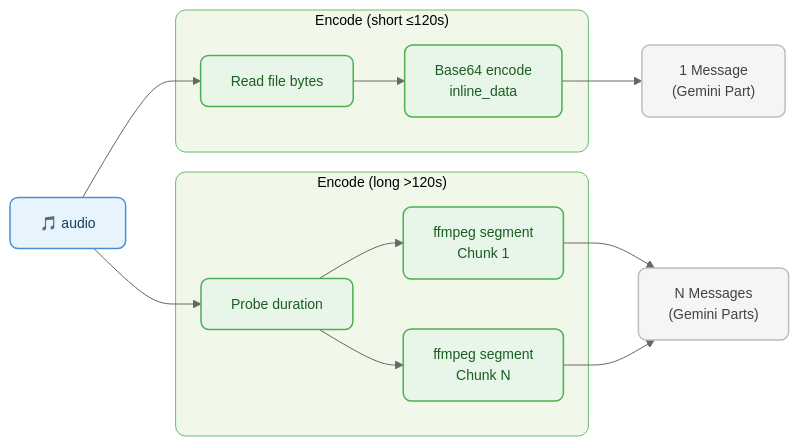
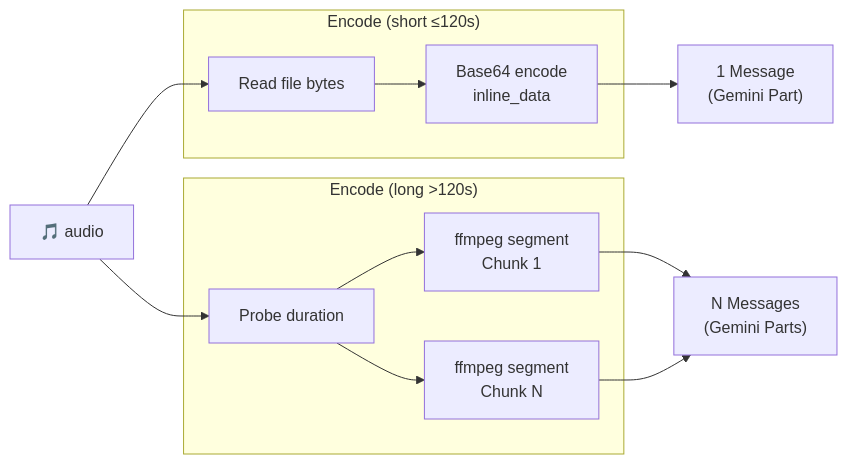
Diagram 12 of 17 in docs/ENCODERS.md (vlm-run/mm), drawn with Mermaid before and after one commit. The commit also changed other lines of this file and 3 other files, not shown here.

````diff
--- a/docs/ENCODERS.md
+++ b/docs/ENCODERS.md
@@ -347,31 +270,23 @@
 ```mermaid
-%%{init: {'theme': 'base', 'themeVariables': { 'fontSize': '14px', 'primaryColor': '#e8f4fd', 'primaryBorderColor': '#4a90d9', 'lineColor': '#666'}}}%%
 graph LR
-  audio["🎵 audio"]:::input
+  audio["🎵 audio"]
 
   subgraph encode ["Encode (short ≤120s)"]
-    read["Read file bytes"]:::encode
-    b64["Base64 encode\ninline_data"]:::encode
+    read["Read file bytes"]
+    b64["Base64 encode\ninline_data"]
   end
 
   subgraph encode2 ["Encode (long >120s)"]
-    probe["Probe duration"]:::encode
-    c1["ffmpeg segment\nChunk 1"]:::encode
-    c2["ffmpeg segment\nChunk N"]:::encode
+    probe["Probe duration"]
+    c1["ffmpeg segment\nChunk 1"]
+    c2["ffmpeg segment\nChunk N"]
   end
 
-  msg1["1 Message\n(Gemini Part)"]:::output
-  msgN["N Messages\n(Gemini Parts)"]:::output
+  msg1["1 Message\n(Gemini Part)"]
+  msgN["N Messages\n(Gemini Parts)"]
 
   audio --> read --> b64 --> msg1
   audio --> probe
   probe --> c1 --> msgN
   probe --> c2 --> msgN
-
-  classDef input fill:#e8f4fd,stroke:#4a90d9,stroke-width:1.5px,color:#1a3a5c,rx:8
-  classDef encode fill:#e8f5e9,stroke:#4caf50,stroke-width:1.5px,color:#1b5e20,rx:8
-  classDef output fill:#f5f5f5,stroke:#bdbdbd,stroke-width:1.5px,color:#424242,rx:8
-
-  style encode fill:#f1f8e9,stroke:#66bb6a,stroke-width:1px,rx:10
-  style encode2 fill:#f1f8e9,stroke:#66bb6a,stroke-width:1px,rx:10
 ```
````
